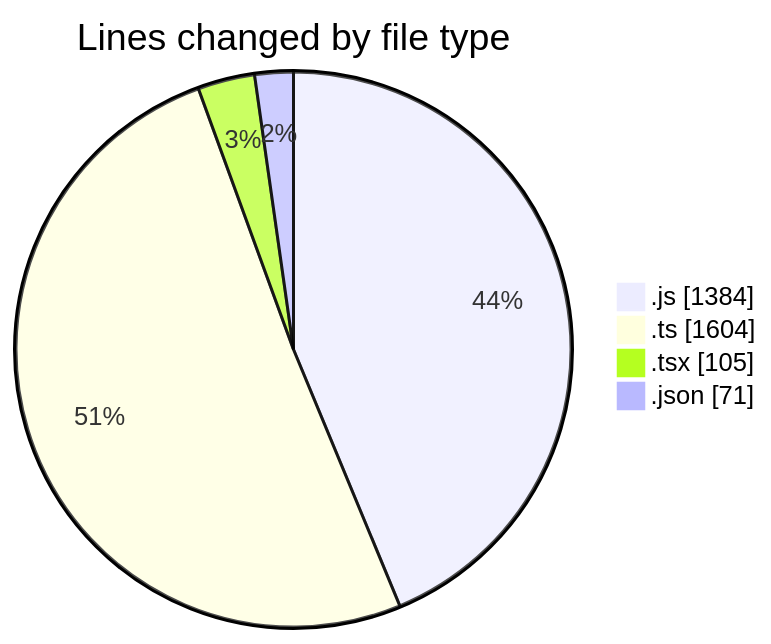
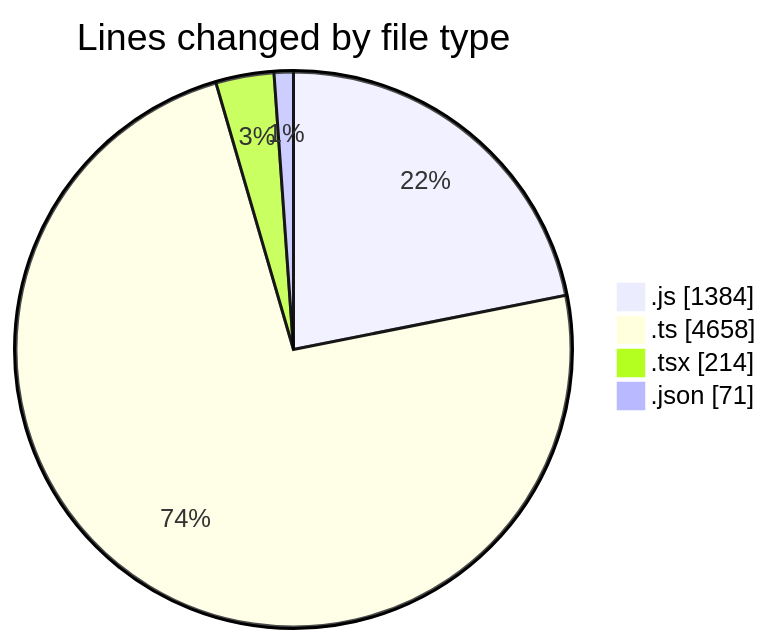
One commit to momahboobian/code-tracking changed the first of 2 diagrams in 2026-02-04/cda/README.md. Above: the diagram before and after it, drawn with Mermaid. The commit also changed other lines of this file and 1 other file, not shown here.

````diff
--- a/2026-02-04/cda/README.md
+++ b/2026-02-04/cda/README.md
@@ -25,8 +27,8 @@
 ```mermaid
 pie showData
 title Lines changed by file type
 ".js" : 1384
-".ts" : 1604
-".tsx" : 105
+".ts" : 4658
+".tsx" : 214
 ".json" : 71
 ```
````
